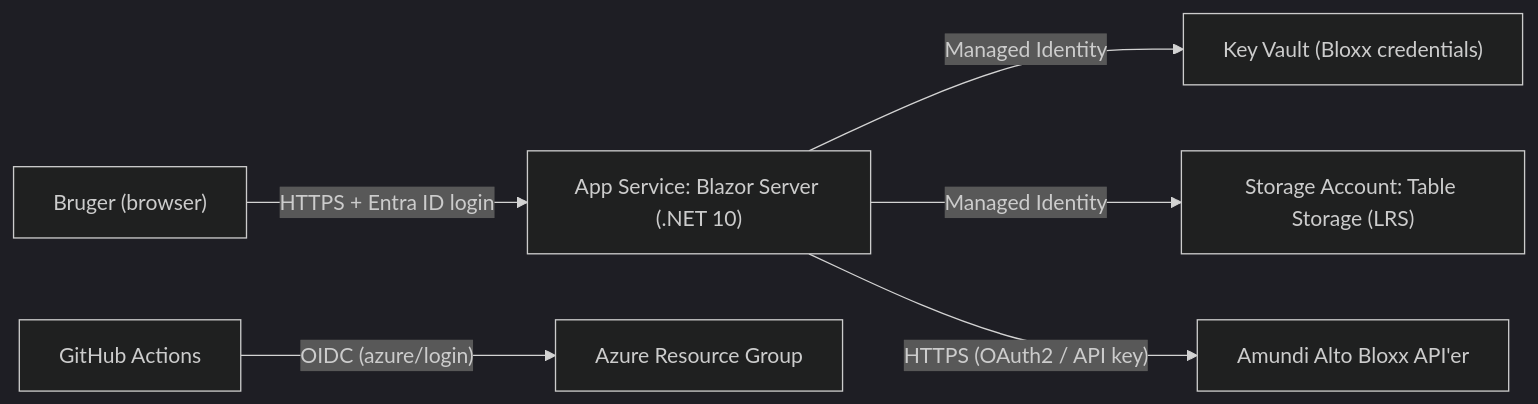
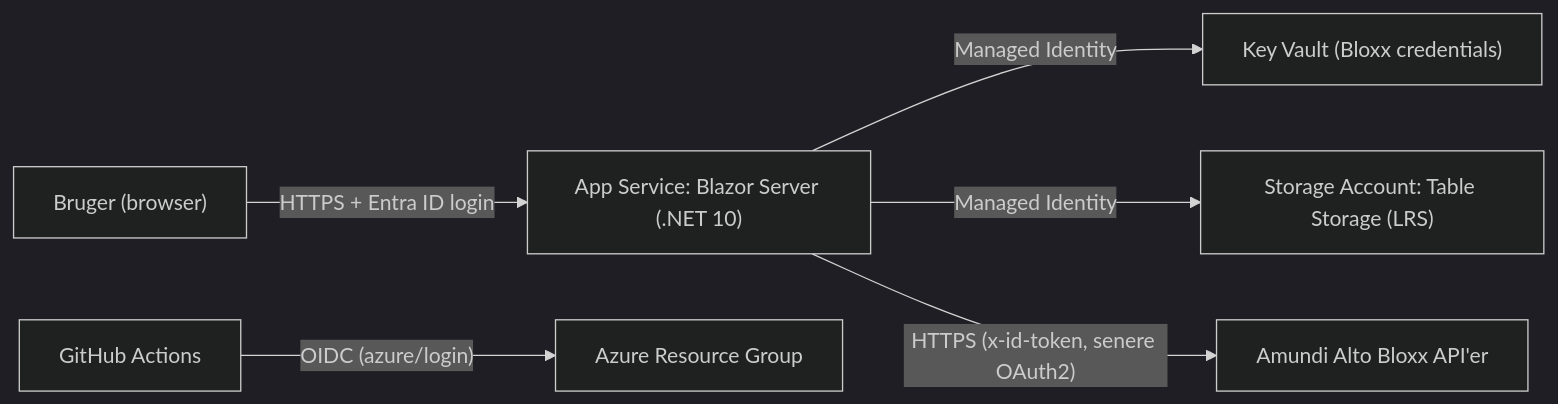
One commit to PeterWallenius/ApiTestBloxx changed the diagram in Plan.md. Above: the diagram before and after it, drawn with Mermaid (dark theme). The commit also changed other lines of this file, not shown here.

Commit message:
Plan: x-id-token API key now, OAuth2 later

````diff
--- a/Plan.md
+++ b/Plan.md
@@ -23,8 +23,8 @@
 ```mermaid
 flowchart LR
     User["Bruger (browser)"] -- "HTTPS + Entra ID login" --> App["App Service: Blazor Server (.NET 10)"]
     App -- "Managed Identity" --> KV["Key Vault (Bloxx credentials)"]
     App -- "Managed Identity" --> ST["Storage Account: Table Storage (LRS)"]
-    App -- "HTTPS (OAuth2 / API key)" --> Bloxx["Amundi Alto Bloxx API'er"]
+    App -- "HTTPS (x-id-token, senere OAuth2)" --> Bloxx["Amundi Alto Bloxx API'er"]
     GH["GitHub Actions"] -- "OIDC (azure/login)" --> Azure["Azure Resource Group"]
 ```
````
